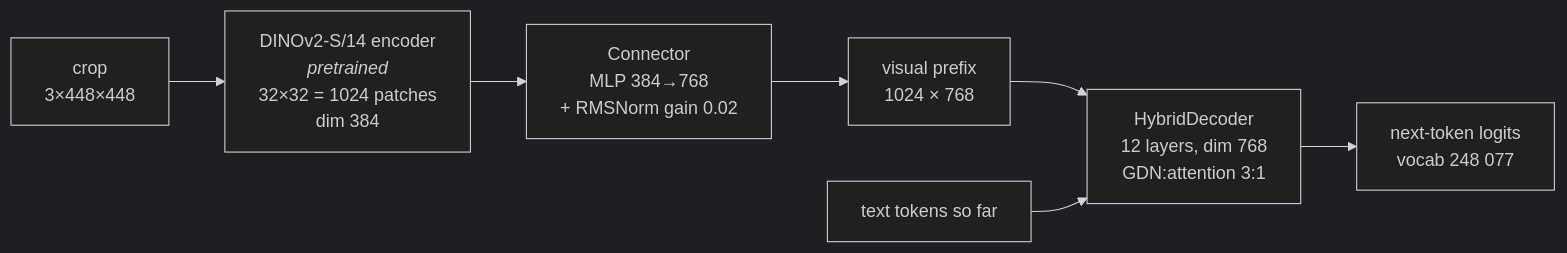
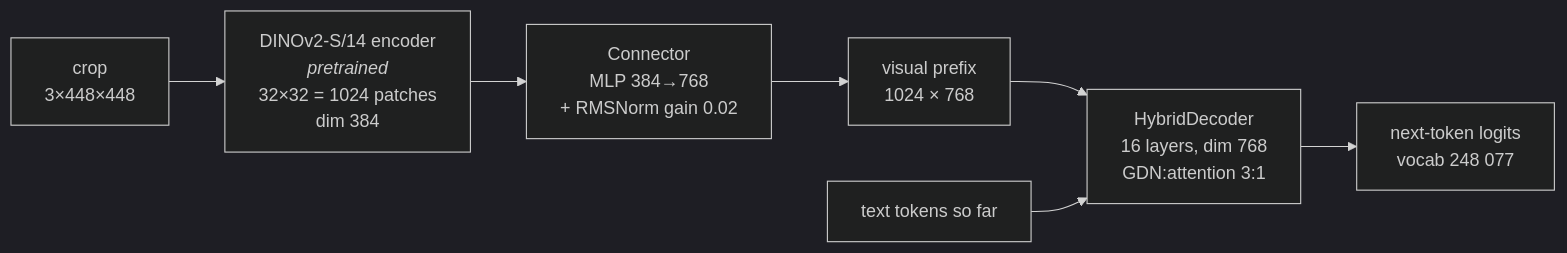
One commit to Saurab-Shrestha/Akshara changed the second of 3 diagrams in docs/ARCHITECTURE.md. Above: the diagram before and after it, drawn with Mermaid (dark theme). The commit also changed other lines of this file and 6 other files, not shown here.

````diff
--- a/docs/ARCHITECTURE.md
+++ b/docs/ARCHITECTURE.md
@@ -49,9 +59,9 @@
 ```mermaid
 flowchart LR
     A["crop<br/>3×448×448"] --> B["DINOv2-S/14 encoder<br/><i>pretrained</i><br/>32×32 = 1024 patches<br/>dim 384"]
     B --> C["Connector<br/>MLP 384→768<br/>+ RMSNorm gain 0.02"]
     C --> D["visual prefix<br/>1024 × 768"]
-    D --> E["HybridDecoder<br/>12 layers, dim 768<br/>GDN:attention 3:1"]
+    D --> E["HybridDecoder<br/>16 layers, dim 768<br/>GDN:attention 3:1"]
     T["text tokens so far"] --> E
     E --> F["next-token logits<br/>vocab 248 077"]
 ```
````
